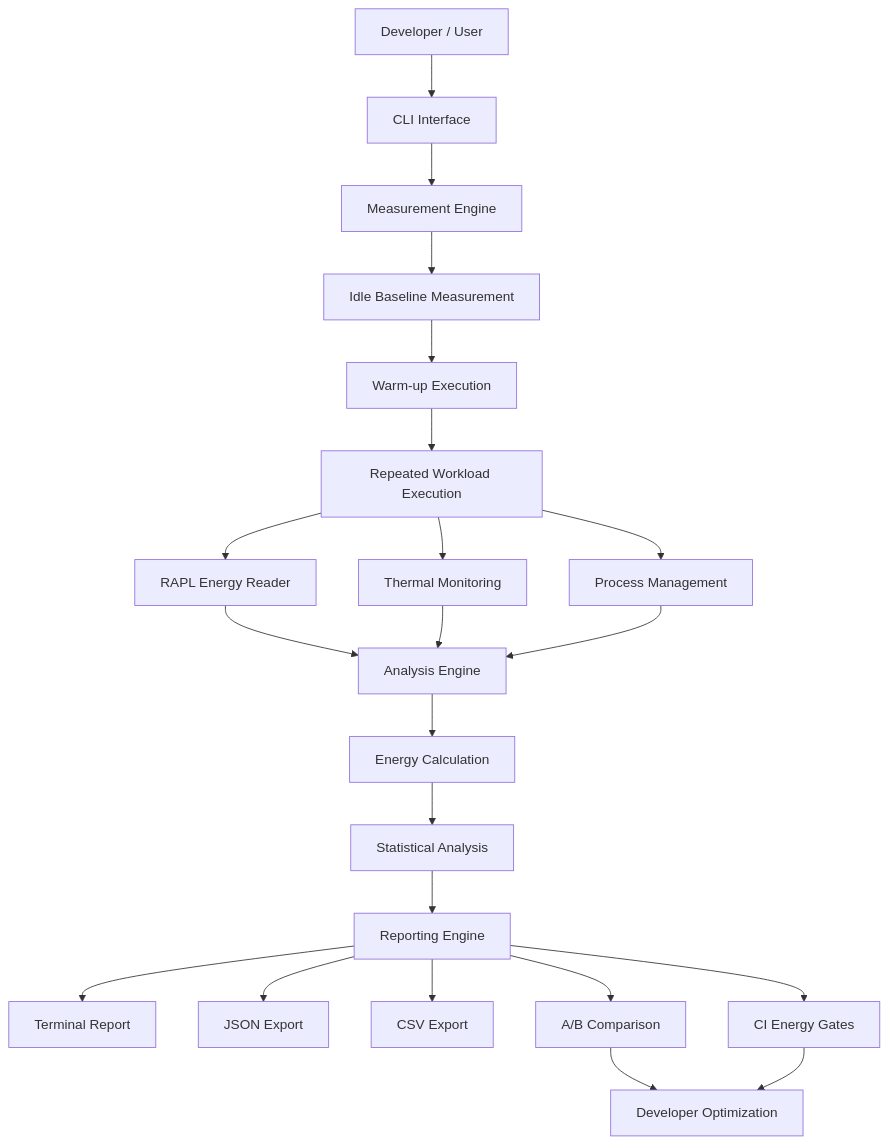
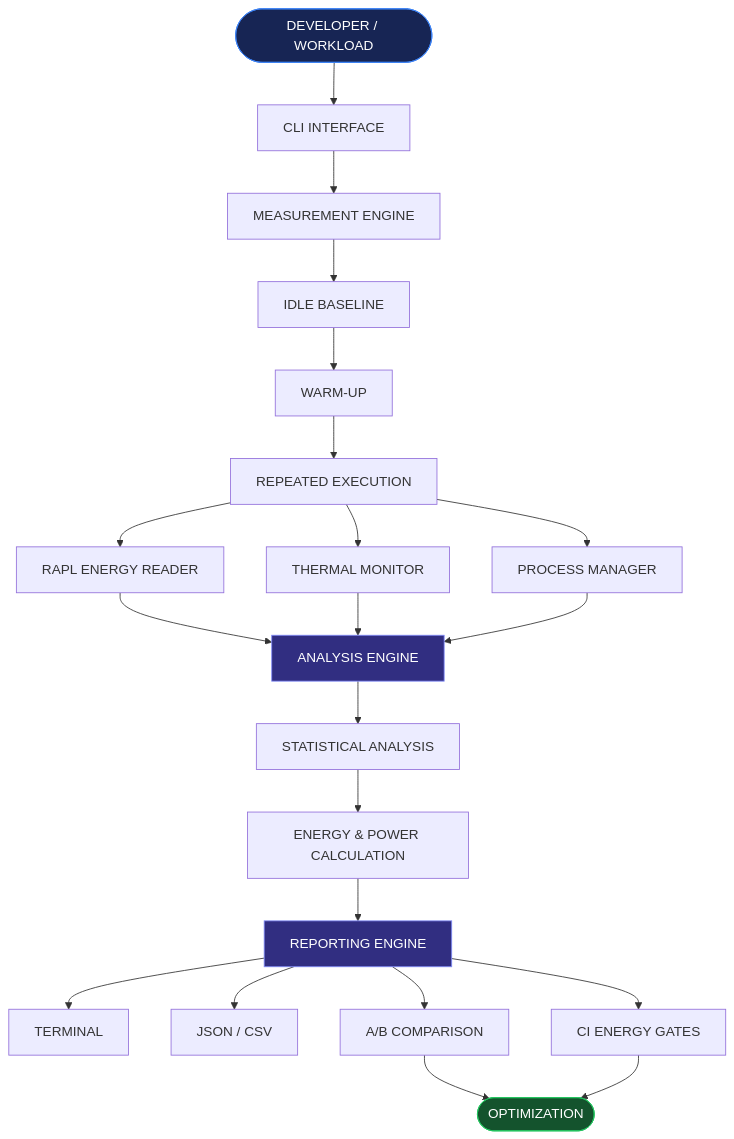
The diagram in README.md (vikas468368-star/8DoTs), drawn with Mermaid before and after one commit. The commit also changed other lines of this file, not shown here.

````diff
--- a/README.md
+++ b/README.md
@@ -119,33 +61,35 @@
 ```mermaid
 flowchart TD
-    A["Developer / User"] --> B["CLI Interface"]
+    A(["DEVELOPER / WORKLOAD"]) --> B["CLI INTERFACE"]
+    B --> C["MEASUREMENT ENGINE"]
 
-    B --> C["Measurement Engine"]
+    C --> D["IDLE BASELINE"]
+    D --> E["WARM-UP"]
+    E --> F["REPEATED EXECUTION"]
 
-    C --> D["Idle Baseline Measurement"]
-    D --> E["Warm-up Execution"]
-    E --> F["Repeated Workload Execution"]
+    F --> G["RAPL ENERGY READER"]
+    F --> H["THERMAL MONITOR"]
+    F --> I["PROCESS MANAGER"]
 
-    F --> G["RAPL Energy Reader"]
-    F --> H["Thermal Monitoring"]
-    F --> I["Process Management"]
-
-    G --> J["Analysis Engine"]
+    G --> J["ANALYSIS ENGINE"]
     H --> J
     I --> J
 
-    J --> K["Energy Calculation"]
-    K --> L["Statistical Analysis"]
+    J --> K["STATISTICAL ANALYSIS"]
+    K --> L["ENERGY & POWER CALCULATION"]
 
-    L --> M["Reporting Engine"]
+    L --> M["REPORTING ENGINE"]
 
-    M --> N["Terminal Report"]
-    M --> O["JSON Export"]
-    M --> P["CSV Export"]
+    M --> N["TERMINAL"]
+    M --> O["JSON / CSV"]
+    M --> P["A/B COMPARISON"]
+    M --> Q["CI ENERGY GATES"]
 
-    M --> Q["A/B Comparison"]
-    M --> R["CI Energy Gates"]
+    P --> R(["OPTIMIZATION"])
+    Q --> R
 
-    Q --> S["Developer Optimization"]
-    R --> S
+    style A fill:#172554,color:#fff,stroke:#3B82F6
+    style R fill:#14532D,color:#fff,stroke:#22C55E
+    style J fill:#312E81,color:#fff,stroke:#818CF8
+    style M fill:#312E81,color:#fff,stroke:#818CF8
 ```
````
